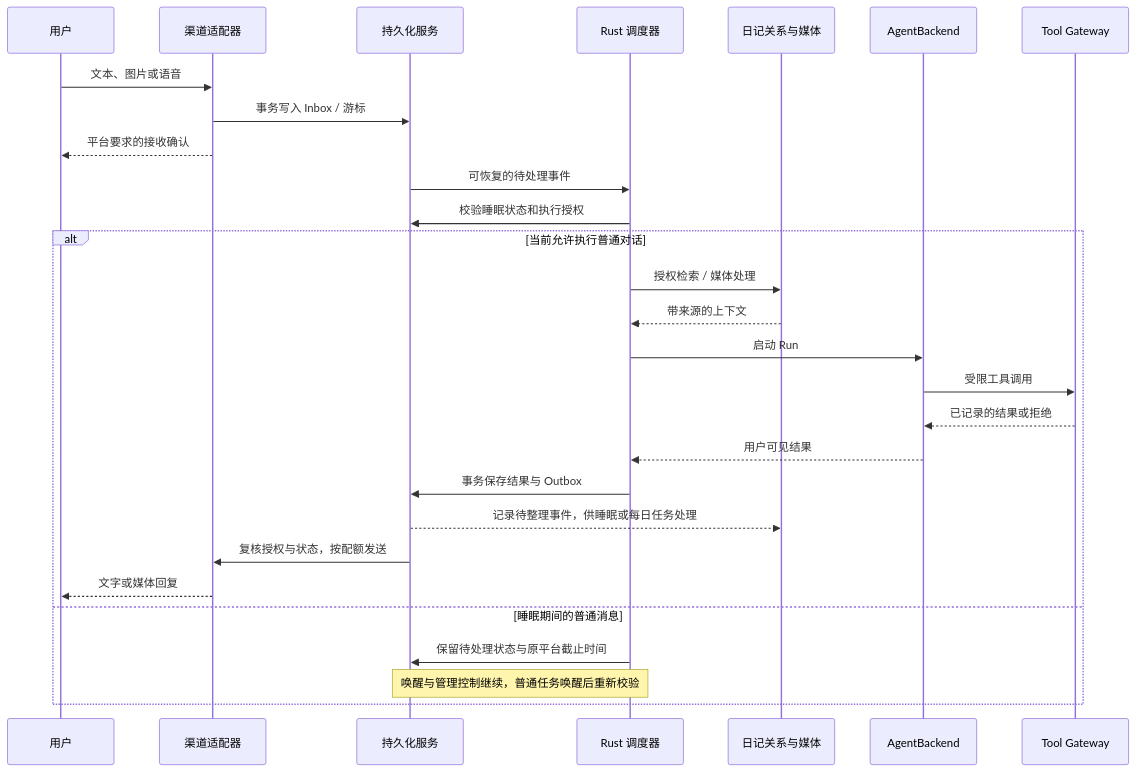
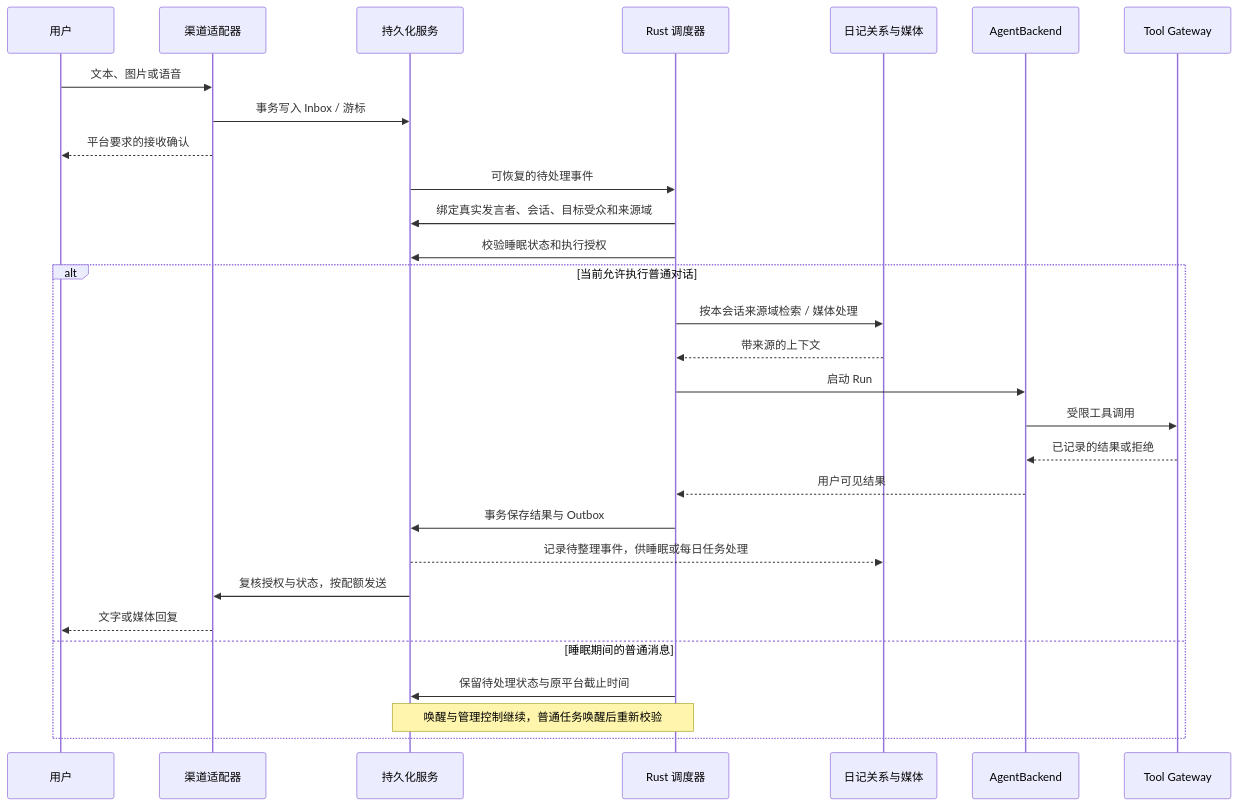
The third of 3 diagrams in docs/architecture.md (lakasli/Prometheus), drawn with Mermaid before and after one commit. The commit also changed other lines of this file, not shown here.

````diff
--- a/docs/architecture.md
+++ b/docs/architecture.md
@@ -855,30 +947,31 @@
 ```mermaid
 sequenceDiagram
     participant U as 用户
     participant A as 渠道适配器
     participant D as 持久化服务
     participant R as Rust 调度器
     participant M as 日记关系与媒体
     participant H as AgentBackend
     participant T as Tool Gateway
     U->>A: 文本、图片或语音
     A->>D: 事务写入 Inbox / 游标
     A-->>U: 平台要求的接收确认
     D->>R: 可恢复的待处理事件
+    R->>D: 绑定真实发言者、会话、目标受众和来源域
     R->>D: 校验睡眠状态和执行授权
     alt 当前允许执行普通对话
-        R->>M: 授权检索 / 媒体处理
+        R->>M: 按本会话来源域检索 / 媒体处理
         M-->>R: 带来源的上下文
         R->>H: 启动 Run
         H->>T: 受限工具调用
         T-->>H: 已记录的结果或拒绝
         H-->>R: 用户可见结果
         R->>D: 事务保存结果与 Outbox
         D-->>M: 记录待整理事件，供睡眠或每日任务处理
         D->>A: 复核授权与状态，按配额发送
         A-->>U: 文字或媒体回复
     else 睡眠期间的普通消息
         R->>D: 保留待处理状态与原平台截止时间
         Note over D,R: 唤醒与管理控制继续，普通任务唤醒后重新校验
     end
 ```
````
